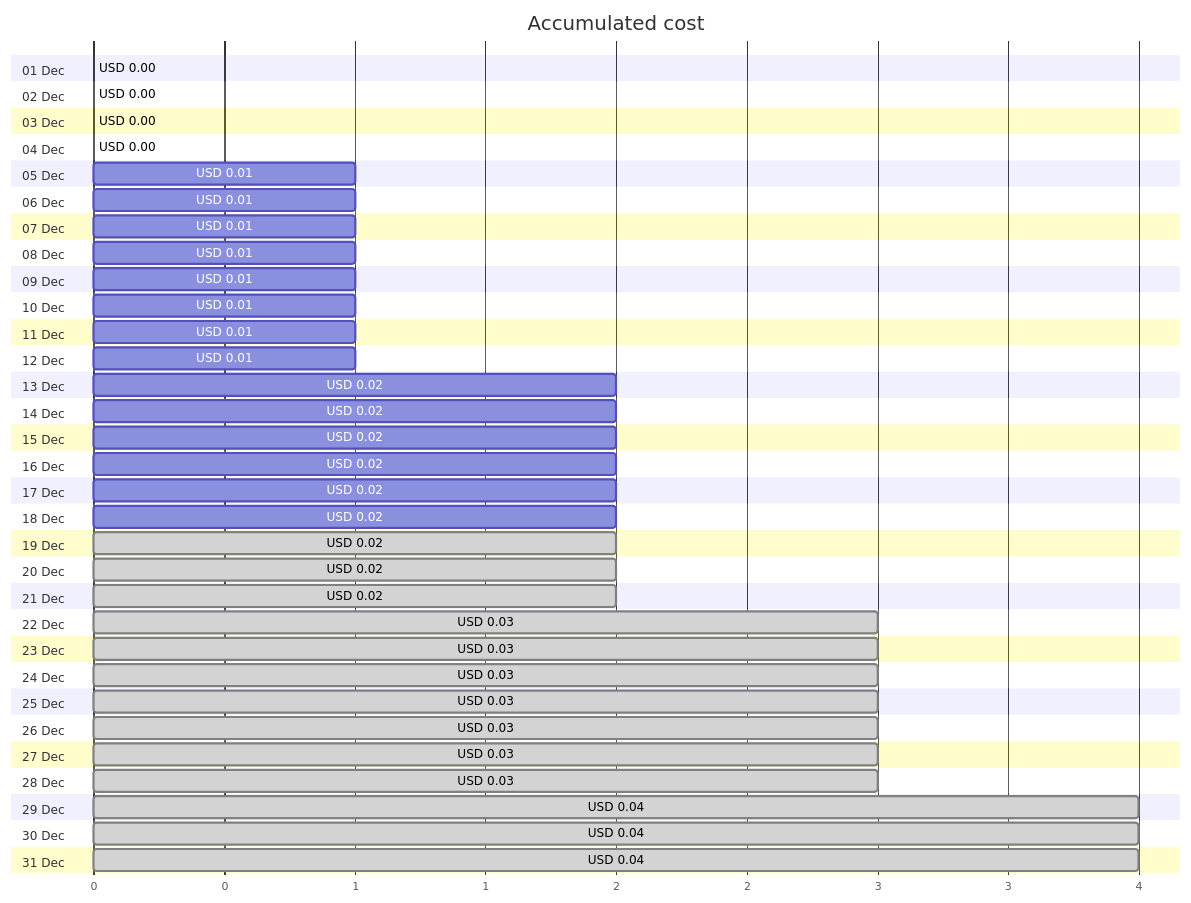
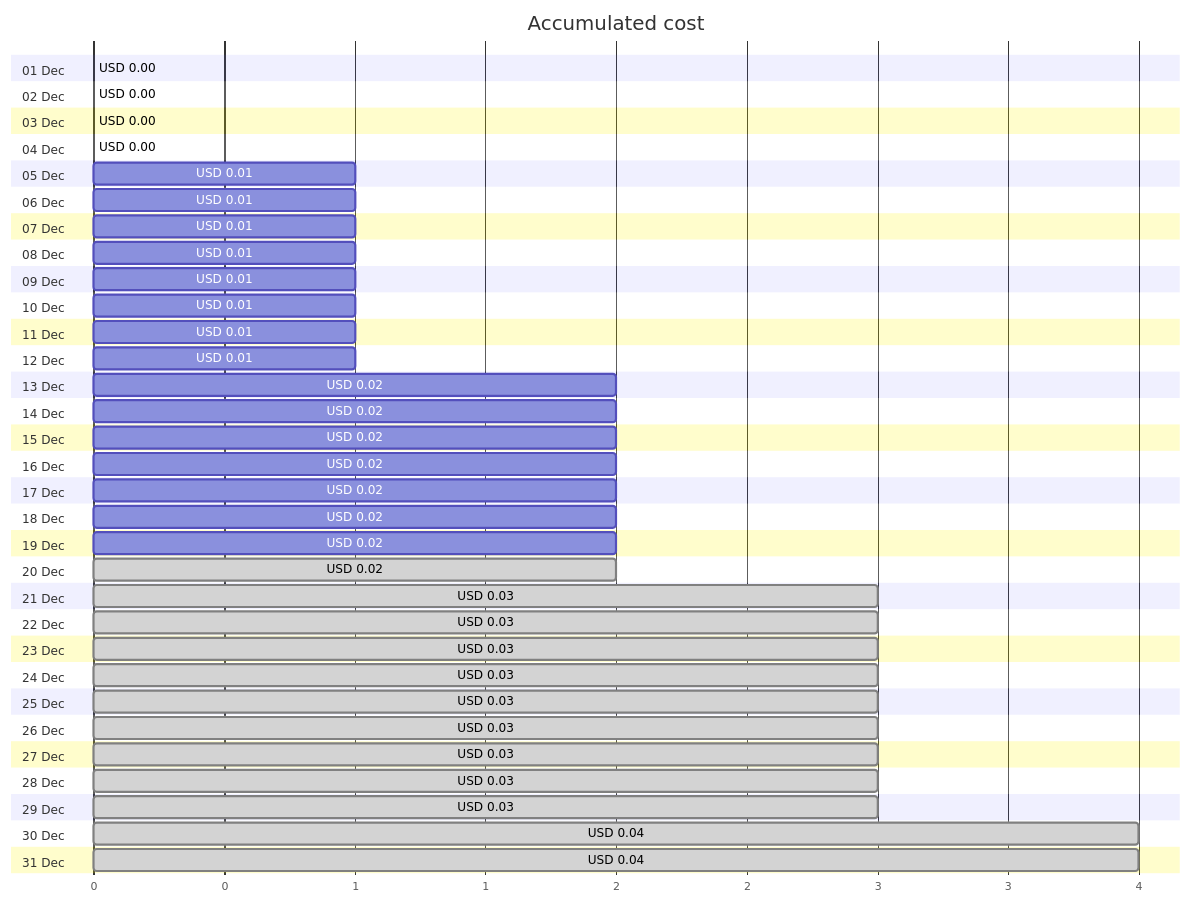
The first of 4 diagrams in cost-reports/personal-site/personalsiteapistorage.md (jpfulton/azure-personal-reports), drawn with Mermaid before and after one commit. The commit also changed other lines of this file and 6 other files, not shown here.

````diff
--- a/cost-reports/personal-site/personalsiteapistorage.md
+++ b/cost-reports/personal-site/personalsiteapistorage.md
@@ -20,68 +20,68 @@
 ```mermaid
 gantt
    title Accumulated cost
    dateFormat  X
    axisFormat %s
    section 01 Dec
    USD 0.00 :0, 0
    section 02 Dec
    USD 0.00 :0, 0
    section 03 Dec
    USD 0.00 :0, 0
    section 04 Dec
    USD 0.00 :0, 0
    section 05 Dec
    USD 0.01 :0, 1
    section 06 Dec
    USD 0.01 :0, 1
    section 07 Dec
    USD 0.01 :0, 1
    section 08 Dec
    USD 0.01 :0, 1
    section 09 Dec
    USD 0.01 :0, 1
    section 10 Dec
    USD 0.01 :0, 1
    section 11 Dec
    USD 0.01 :0, 1
    section 12 Dec
    USD 0.01 :0, 1
    section 13 Dec
    USD 0.02 :0, 2
    section 14 Dec
    USD 0.02 :0, 2
    section 15 Dec
    USD 0.02 :0, 2
    section 16 Dec
    USD 0.02 :0, 2
    section 17 Dec
    USD 0.02 :0, 2
    section 18 Dec
    USD 0.02 :0, 2
    section 19 Dec
-   USD 0.02 : done, 0, 2
+   USD 0.02 :0, 2
    section 20 Dec
    USD 0.02 : done, 0, 2
    section 21 Dec
-   USD 0.02 : done, 0, 2
+   USD 0.03 : done, 0, 3
    section 22 Dec
    USD 0.03 : done, 0, 3
    section 23 Dec
    USD 0.03 : done, 0, 3
    section 24 Dec
    USD 0.03 : done, 0, 3
    section 25 Dec
    USD 0.03 : done, 0, 3
    section 26 Dec
    USD 0.03 : done, 0, 3
    section 27 Dec
    USD 0.03 : done, 0, 3
    section 28 Dec
    USD 0.03 : done, 0, 3
    section 29 Dec
-   USD 0.04 : done, 0, 4
+   USD 0.03 : done, 0, 3
    section 30 Dec
    USD 0.04 : done, 0, 4
    section 31 Dec
    USD 0.04 : done, 0, 4
 ```
````
